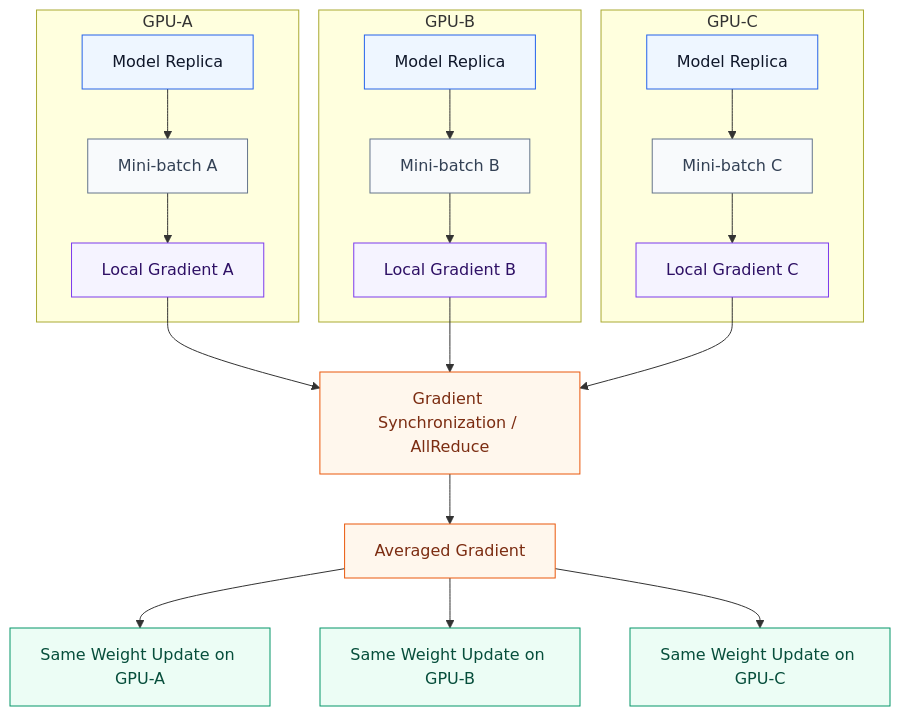
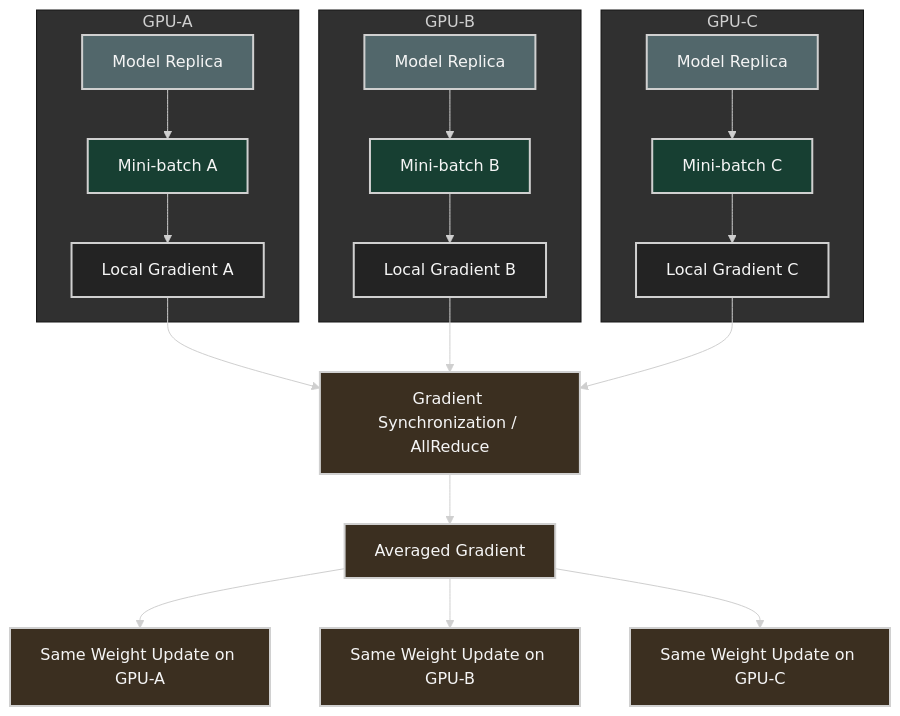
Before and after one commit to ziwon/ai-data-center-network: the tenth of 12 diagrams in deep-learning-for-network-engineers/week01/README.md, drawn with Mermaid. The commit also changed other lines of this file and 35 other files, not shown here.

Commit message:
docs(mermaid): apply dark diagram style

````diff
--- a/deep-learning-for-network-engineers/week01/README.md
+++ b/deep-learning-for-network-engineers/week01/README.md
@@ -405,38 +414,39 @@
 ```mermaid
+%%{init: {"theme": "base", "themeVariables": {"background": "#171717", "primaryColor": "#232323", "primaryTextColor": "#f5f5f5", "primaryBorderColor": "#d0d0d0", "lineColor": "#cfcfcf", "fontFamily": "Inter, Arial, sans-serif"}}}%%
 flowchart TB
-    classDef gpu fill:#eef6ff,stroke:#2563eb,color:#0f172a
-    classDef data fill:#f8fafc,stroke:#64748b,color:#334155
-    classDef gradient fill:#f5f3ff,stroke:#7c3aed,color:#2e1065
-    classDef sync fill:#fff7ed,stroke:#ea580c,color:#7c2d12
-    classDef update fill:#ecfdf5,stroke:#059669,color:#064e3b
+    classDef gpu fill:#52676b,stroke:#d0d0d0,color:#f5f5f5,stroke-width:2px;
+    classDef data fill:#173f32,stroke:#d0d0d0,color:#f5f5f5,stroke-width:2px;
+    classDef gradient fill:#232323,stroke:#d0d0d0,color:#f5f5f5,stroke-width:2px;
+    classDef sync fill:#3b2f20,stroke:#d0d0d0,color:#f5f5f5,stroke-width:2px;
+    classDef update fill:#3b2f20,stroke:#d0d0d0,color:#f5f5f5,stroke-width:2px;
 
     subgraph GPU_A[GPU-A]
         A1[Model Replica]:::gpu
         A2[Mini-batch A]:::data
         A3[Local Gradient A]:::gradient
         A1 --> A2 --> A3
     end
 
     subgraph GPU_B[GPU-B]
         B1[Model Replica]:::gpu
         B2[Mini-batch B]:::data
         B3[Local Gradient B]:::gradient
         B1 --> B2 --> B3
     end
 
     subgraph GPU_C[GPU-C]
         C1[Model Replica]:::gpu
         C2[Mini-batch C]:::data
         C3[Local Gradient C]:::gradient
         C1 --> C2 --> C3
     end
 
     A3 --> S[Gradient Synchronization / AllReduce]:::sync
     B3 --> S
     C3 --> S
 
     S --> AVG[Averaged Gradient]:::sync
     AVG --> U1[Same Weight Update on GPU-A]:::update
     AVG --> U2[Same Weight Update on GPU-B]:::update
     AVG --> U3[Same Weight Update on GPU-C]:::update
 ```
````
